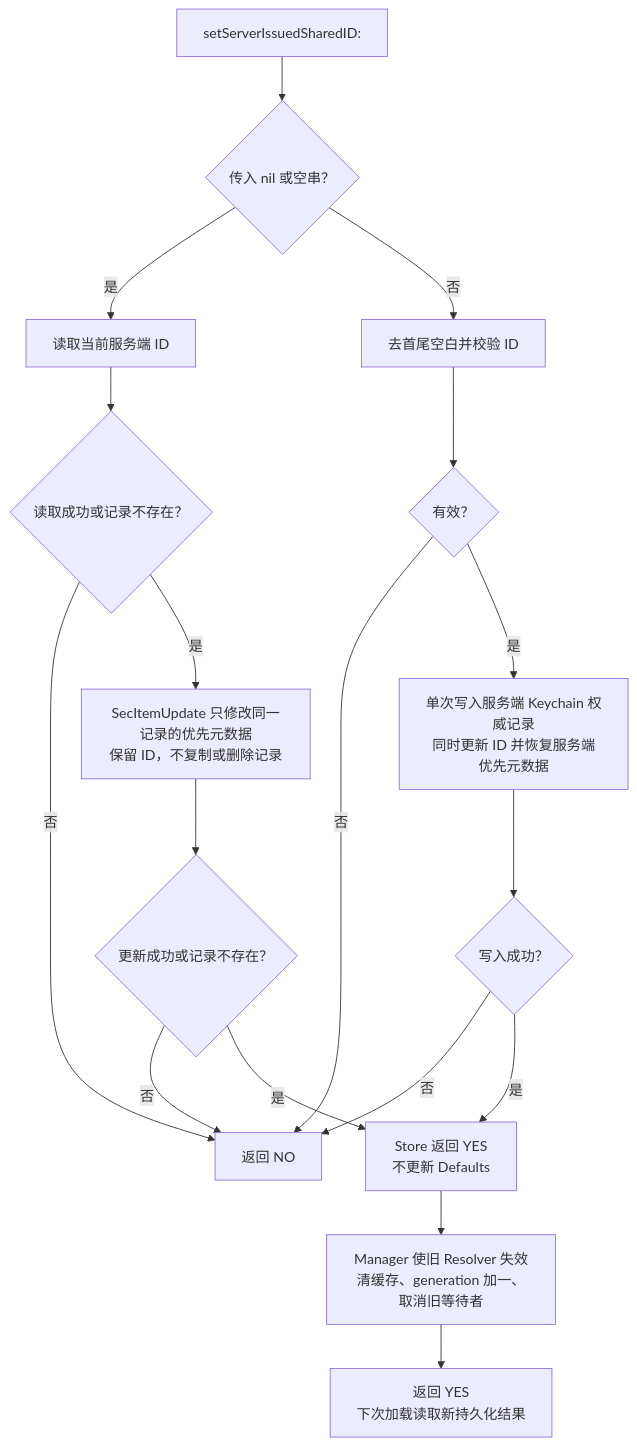
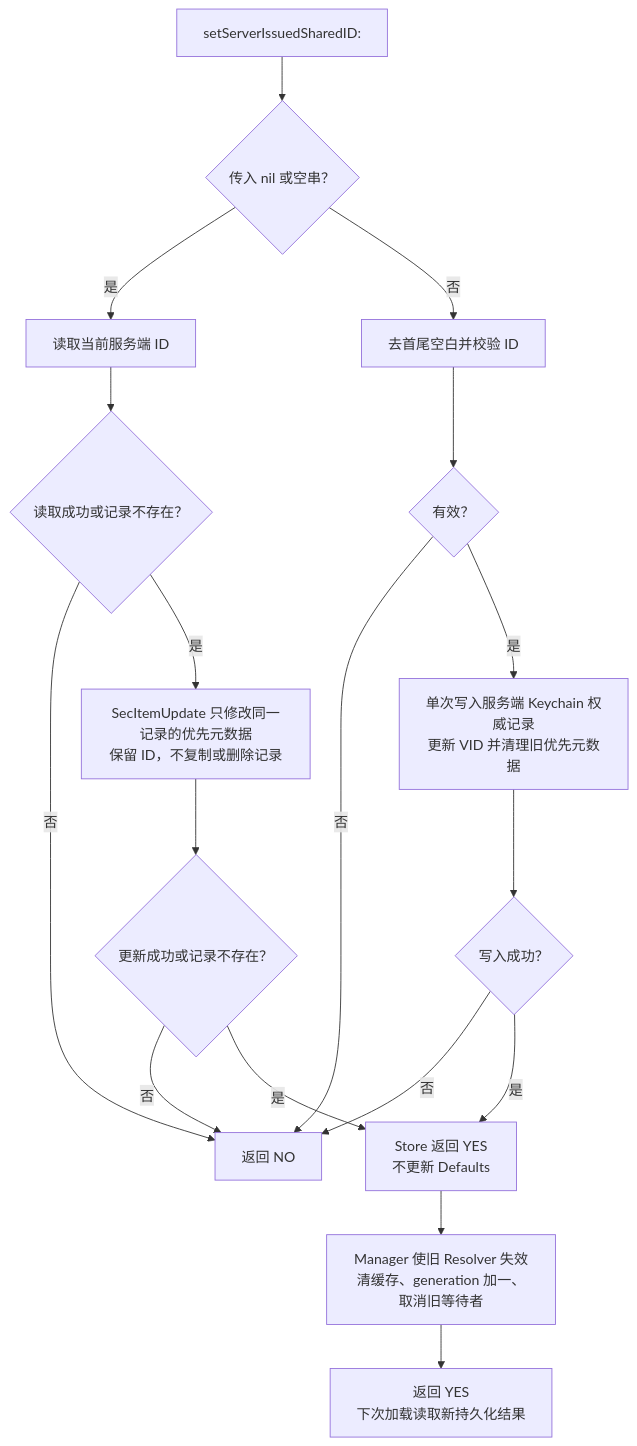
Before and after one commit to shanbozhu/TestOC: diagram 13 of 13 in PBCrossAppUniqueDeviceIdentifier/Docs/FeatureFlows.md, drawn with Mermaid. The commit also changed other lines of this file and 20 other files, not shown here.

````diff
--- a/PBCrossAppUniqueDeviceIdentifier/Docs/FeatureFlows.md
+++ b/PBCrossAppUniqueDeviceIdentifier/Docs/FeatureFlows.md
@@ -405,20 +383,20 @@
 ```mermaid
 flowchart TD
     Start["setServerIssuedSharedID:"] --> Empty{"传入 nil 或空串？"}
     Empty -->|是| Read["读取当前服务端 ID"]
     Read --> ReadOK{"读取成功或记录不存在？"}
     ReadOK -->|否| Fail["返回 NO"]
     ReadOK -->|是| Remove["SecItemUpdate 只修改同一记录的优先元数据<br/>保留 ID，不复制或删除记录"]
     Remove --> Removed{"更新成功或记录不存在？"}
     Removed -->|否| Fail
     Removed -->|是| Success["Store 返回 YES<br/>不更新 Defaults"]
     Empty -->|否| Validate["去首尾空白并校验 ID"]
     Validate --> Valid{"有效？"}
     Valid -->|否| Fail
-    Valid -->|是| Server["单次写入服务端 Keychain 权威记录<br/>同时更新 ID 并恢复服务端优先元数据"]
+    Valid -->|是| Server["单次写入服务端 Keychain 权威记录<br/>更新 VID 并清理旧优先元数据"]
     Server --> ServerOK{"写入成功？"}
     ServerOK -->|否| Fail
     ServerOK -->|是| Success
     Success --> Reset["Manager 使旧 Resolver 失效<br/>清缓存、generation 加一、取消旧等待者"]
     Reset --> Done["返回 YES<br/>下次加载读取新持久化结果"]
 ```
````
